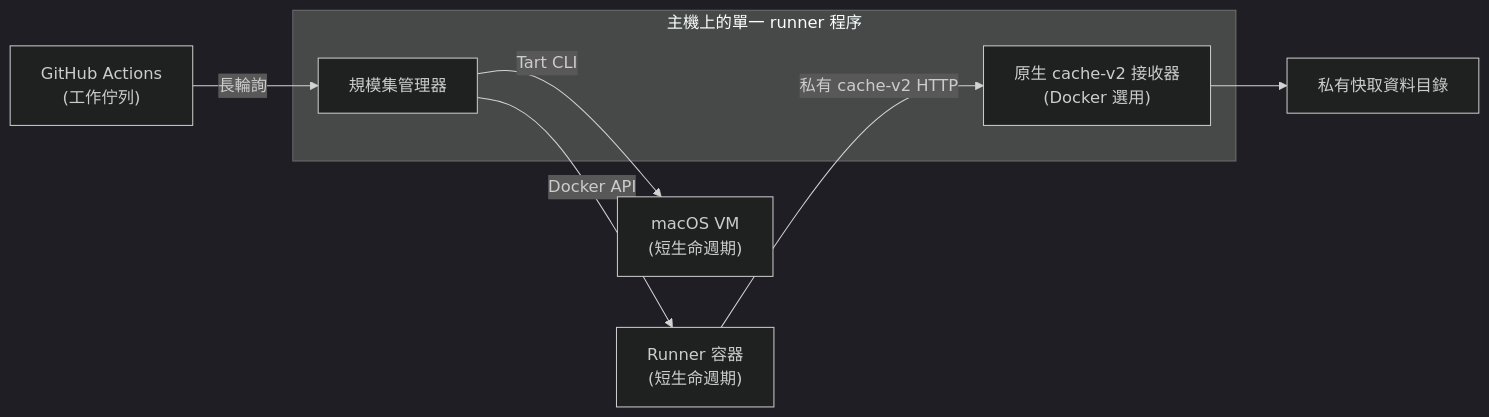
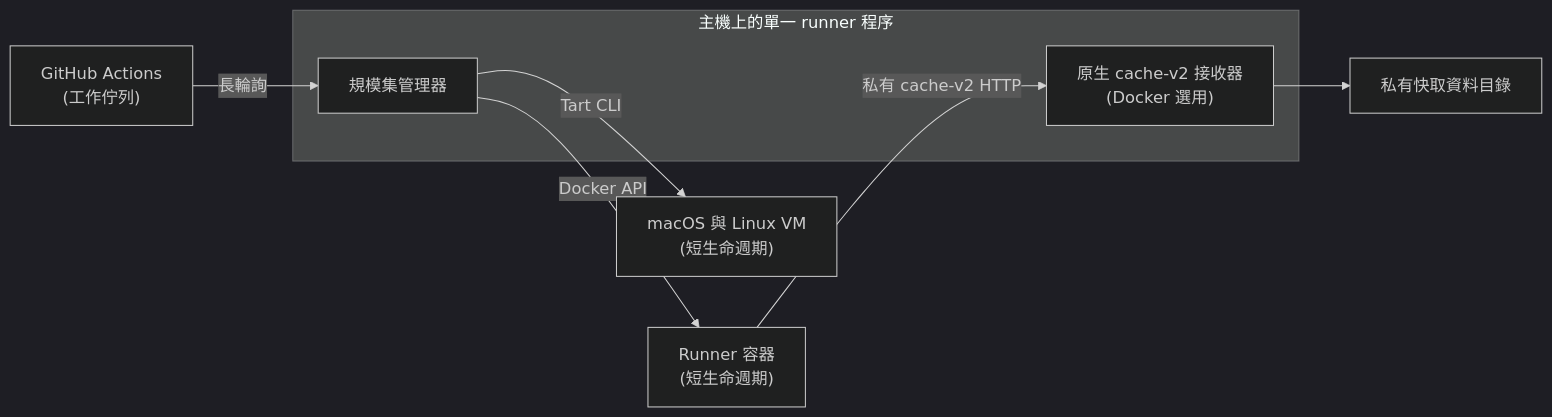
Before and after one commit to ysya/runscaler: the diagram in README.zh-TW.md, drawn with Mermaid (dark theme). The commit also changed other lines of this file and 34 other files, not shown here.

First line of the commit message:
feat(tart): support guest-aware macOS and Linux VMs (#67)

````diff
--- a/README.zh-TW.md
+++ b/README.zh-TW.md
@@ -39,12 +39,12 @@
 ```mermaid
 flowchart LR
     A["GitHub Actions<br/>(工作佇列)"] -- 長輪詢 --> B
     subgraph H["主機上的單一 runner 程序"]
         B["規模集管理器"]
         E["原生 cache-v2 接收器<br/>(Docker 選用)"]
     end
     B -- Docker API --> C["Runner 容器<br/>(短生命週期)"]
-    B -- Tart CLI --> D["macOS VM<br/>(短生命週期)"]
+    B -- Tart CLI --> D["macOS 與 Linux VM<br/>(短生命週期)"]
     C -- 私有 cache-v2 HTTP --> E
     E --> F["私有快取資料目錄"]
 ```
````
